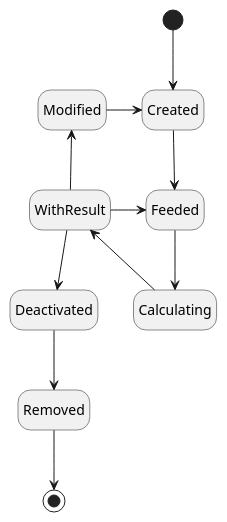
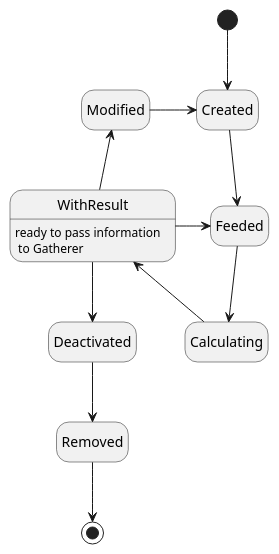
The diagram in states-of-aggregates/Strategy.puml (R-tooR/tradebot-game-concept), drawn with PlantUML before and after one commit. The commit also changed 1 other file, not shown here.

Commit message:
Clarification of Gatherer and Strategy states

```diff
--- a/states-of-aggregates/Strategy.puml
+++ b/states-of-aggregates/Strategy.puml
@@ -1,15 +1,16 @@
 @startuml
 'https://plantuml.com/state-diagram
 hide empty description
 
 [*] --> Created
 Created --> Feeded
 Feeded --> Calculating
 Calculating --> WithResult
 WithResult --> Deactivated
 Modified <-- WithResult
 Modified -> Created
 WithResult -> Feeded
 Deactivated --> Removed
 Removed --> [*]
+WithResult : ready to pass information\n to Gatherer
 @enduml
```
